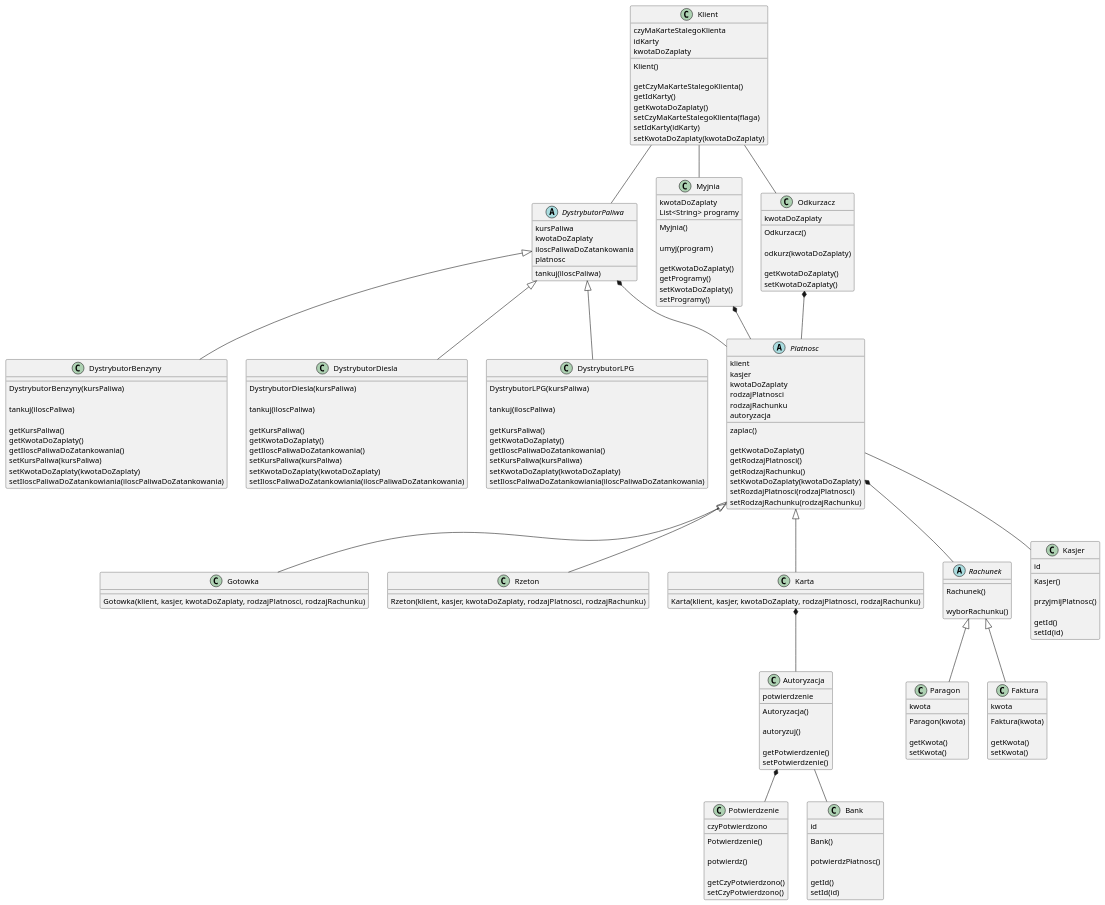
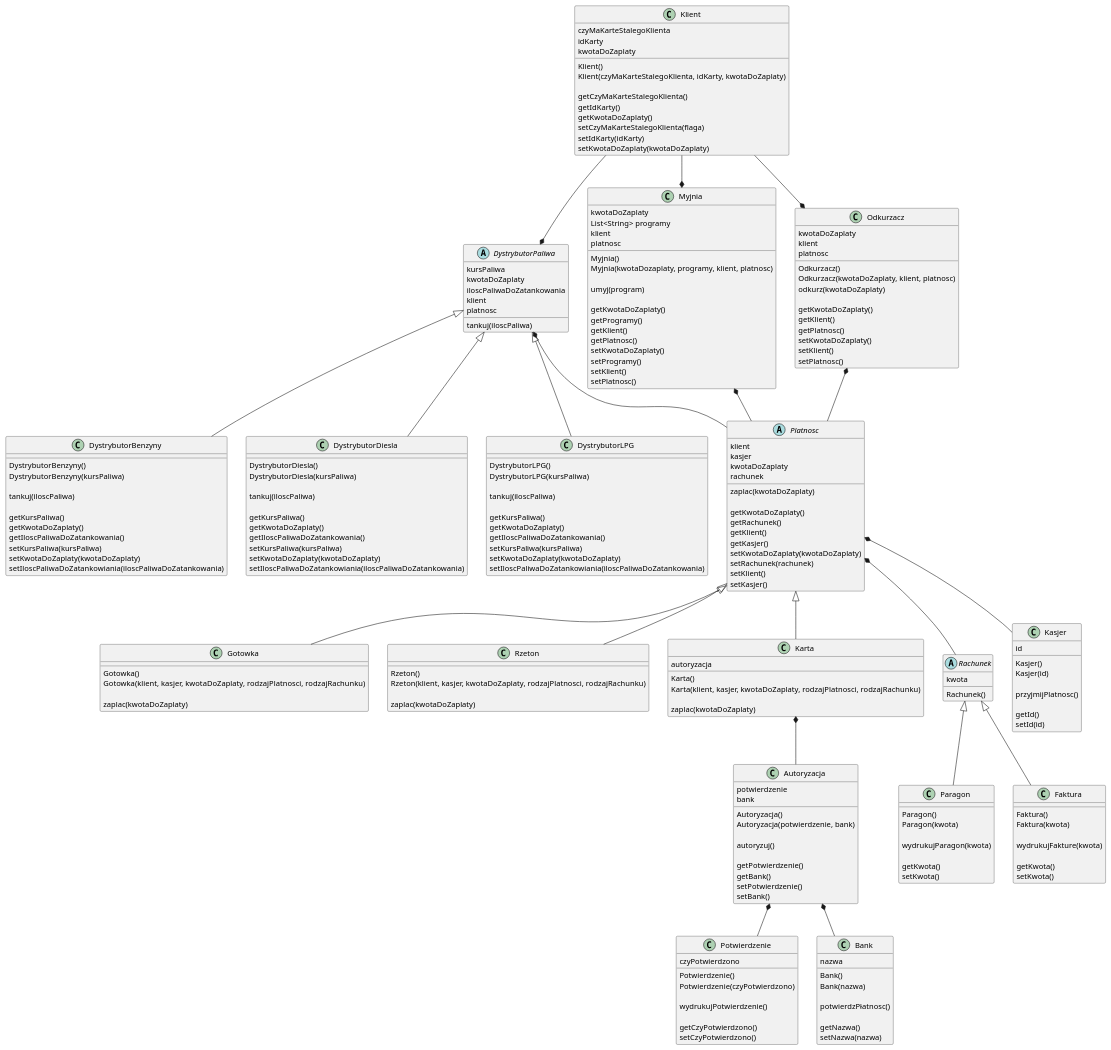
The diagram in STACJA_PALIW_CLASS_DIAGRAM.plantuml (TheLongDistanceRunner2/ProjektowanieObiektowe2021), drawn with PlantUML before and after one commit. The commit also changed 41 other files, not shown here.

```diff
--- a/STACJA_PALIW_CLASS_DIAGRAM.plantuml
+++ b/STACJA_PALIW_CLASS_DIAGRAM.plantuml
@@ -6,6 +6,7 @@
     kwotaDoZaplaty
 
     Klient()
+    Klient(czyMaKarteStalegoKlienta, idKarty, kwotaDoZaplaty)
 
     getCzyMaKarteStalegoKlienta()
     getIdKarty()
@@ -19,12 +20,14 @@
     kursPaliwa
     kwotaDoZaplaty
     iloscPaliwaDoZatankowania
+    klient
     platnosc
 
     tankuj(iloscPaliwa)
 }
 
 class DystrybutorBenzyny {
+    DystrybutorBenzyny()
     DystrybutorBenzyny(kursPaliwa)
     
     tankuj(iloscPaliwa)
@@ -38,6 +41,7 @@
 }
 
 class DystrybutorDiesla {
+    DystrybutorDiesla()
     DystrybutorDiesla(kursPaliwa)
     
     tankuj(iloscPaliwa)
@@ -51,6 +55,7 @@
 }
 
 class DystrybutorLPG {
+    DystrybutorLPG()
     DystrybutorLPG(kursPaliwa)
     
     tankuj(iloscPaliwa)
@@ -66,99 +71,132 @@
 class Myjnia {
     kwotaDoZaplaty
     List<String> programy
+    klient
+    platnosc
 
     Myjnia()
+    Myjnia(kwotaDozaplaty, programy, klient, platnosc)
 
     umyj(program)
 
     getKwotaDoZaplaty()
     getProgramy()
+    getKlient()
+    getPlatnosc()
     setKwotaDoZaplaty()
     setProgramy()
+    setKlient()
+    setPlatnosc()
 }
 
 class Odkurzacz {
     kwotaDoZaplaty
+    klient
+    platnosc
 
     Odkurzacz()
+    Odkurzacz(kwotaDoZaplaty, klient, platnosc)
+
 
     odkurz(kwotaDoZaplaty)
 
     getKwotaDoZaplaty()
+    getKlient()
+    getPlatnosc()
     setKwotaDoZaplaty()
+    setKlient()
+    setPlatnosc()
 }
 
 abstract class Platnosc {
     klient
     kasjer
     kwotaDoZaplaty
-    rodzajPlatnosci
-    rodzajRachunku
-    autoryzacja
+    rachunek
 
-    zaplac()
+    zaplac(kwotaDoZaplaty)
 
     getKwotaDoZaplaty()
-    getRodzajPlatnosci()
-    getRodzajRachunku()
+    getRachunek()
+    getKlient()
+    getKasjer()
     setKwotaDoZaplaty(kwotaDoZaplaty)
-    setRozdajPlatnosci(rodzajPlatnosci)
-    setRodzajRachunku(rodzajRachunku)
+    setRachunek(rachunek)
+    setKlient()
+    setKasjer()
 }
 
 class Gotowka {
+    Gotowka()
     Gotowka(klient, kasjer, kwotaDoZaplaty, rodzajPlatnosci, rodzajRachunku)
+
+    zaplac(kwotaDoZaplaty)
 } 
 
 class Rzeton {
+    Rzeton()
     Rzeton(klient, kasjer, kwotaDoZaplaty, rodzajPlatnosci, rodzajRachunku)
+
+    zaplac(kwotaDoZaplaty)
 } 
 
 class Karta {
+    autoryzacja
+
+    Karta()
     Karta(klient, kasjer, kwotaDoZaplaty, rodzajPlatnosci, rodzajRachunku)
+
+    zaplac(kwotaDoZaplaty)
 }
 
 class Autoryzacja {
     potwierdzenie
+    bank
 
     Autoryzacja()
+    Autoryzacja(potwierdzenie, bank)
 
     autoryzuj()
 
     getPotwierdzenie()
+    getBank()
     setPotwierdzenie()
+    setBank()
 }
 
 class Potwierdzenie {
     czyPotwierdzono
 
     Potwierdzenie()
+    Potwierdzenie(czyPotwierdzono)
 
-    potwierdz()
+    wydrukujPotwierdzenie()
 
     getCzyPotwierdzono()
     setCzyPotwierdzono()
 }
 
 abstract class Rachunek {
+    kwota
+
     Rachunek()
-
-    wyborRachunku()
 }
 
 class Paragon {
-    kwota
+    Paragon()
+    Paragon(kwota)
 
-    Paragon(kwota)
+    wydrukujParagon(kwota)
 
     getKwota()
     setKwota()
 }
 
 class Faktura {
-    kwota
+    Faktura()
+    Faktura(kwota)
 
-    Faktura(kwota)
+    wydrukujFakture(kwota)
 
     getKwota()
     setKwota()
@@ -168,6 +206,7 @@
     id
 
     Kasjer()
+    Kasjer(id)
 
     przyjmijPlatnosc()
 
@@ -176,19 +215,20 @@
 }
 
 class Bank {
-    id
+    nazwa
 
     Bank()
+    Bank(nazwa)
 
     potwierdzPłatnosc()
 
-    getId()
-    setId(id)
+    getNazwa()
+    setNazwa(nazwa)
 }
 
-Klient -- DystrybutorPaliwa
-Klient -- Myjnia
-Klient -- Odkurzacz
+Klient --* DystrybutorPaliwa
+Klient --* Myjnia
+Klient --* Odkurzacz
 
 DystrybutorPaliwa <|-- DystrybutorBenzyny
 DystrybutorPaliwa <|-- DystrybutorDiesla
@@ -198,7 +238,7 @@
 Myjnia *-- Platnosc
 Odkurzacz *-- Platnosc
 
-Platnosc -- Kasjer
+Platnosc *-- Kasjer
 
 Platnosc <|-- Karta
 Platnosc <|-- Gotowka
@@ -211,6 +251,6 @@
 Karta *-- Autoryzacja
 Autoryzacja *-- Potwierdzenie
 
-Autoryzacja -- Bank
+Autoryzacja *-- Bank
 
 @enduml
```
